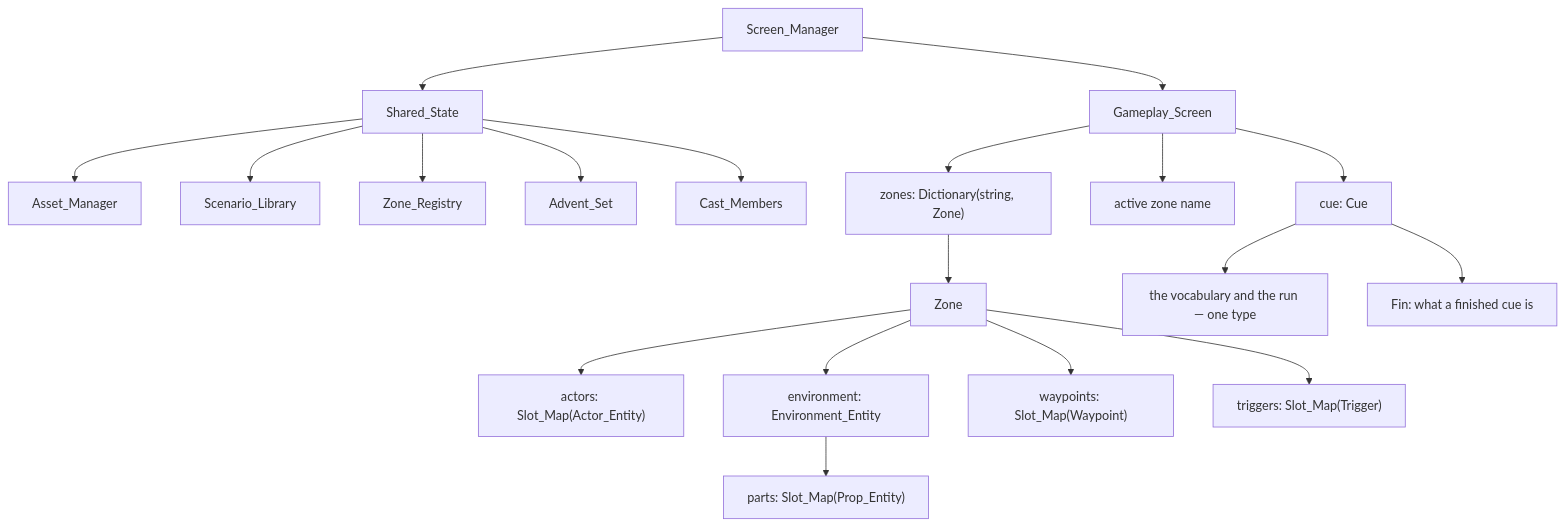
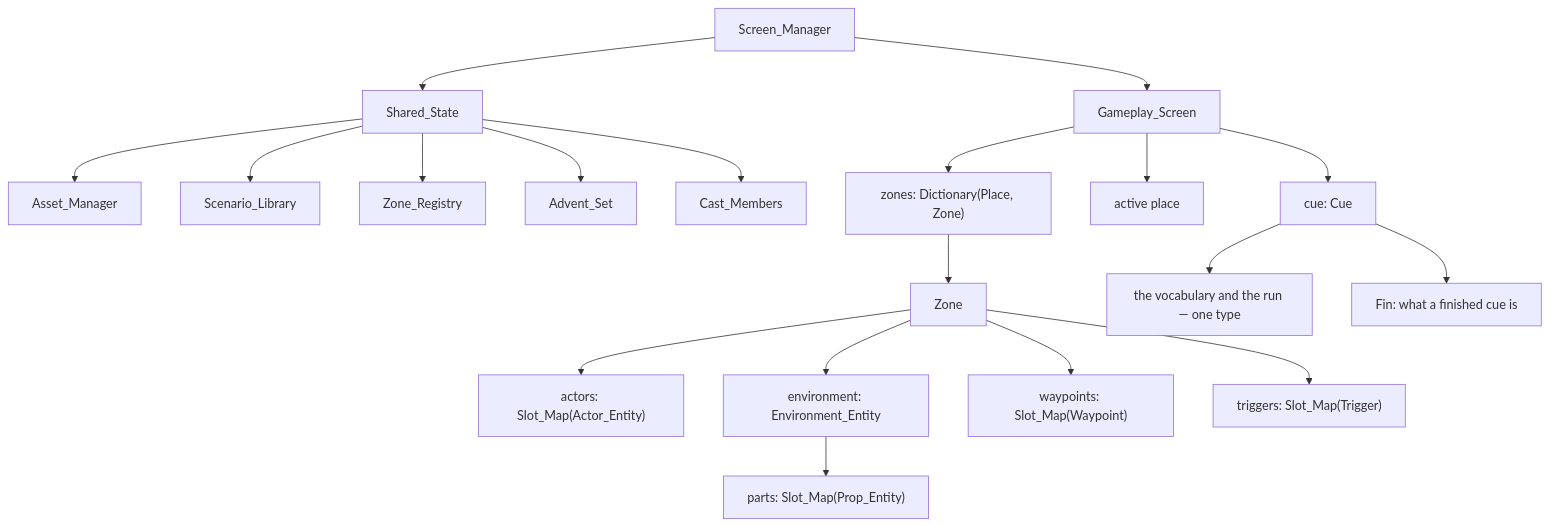
One commit to fswadling/Sugoi changed the diagram in docs/ARCHITECTURE.md. Above: the diagram before and after it, drawn with Mermaid. The commit also changed other lines of this file and 29 other files, not shown here.

````diff
--- a/docs/ARCHITECTURE.md
+++ b/docs/ARCHITECTURE.md
@@ -155,25 +158,25 @@
 ```mermaid
 graph TD
     SM[Screen_Manager] --> SS[Shared_State]
     SM --> GS[Gameplay_Screen]
     SS --> AM[Asset_Manager]
     SS --> SL[Scenario_Library]
     SS --> ZR[Zone_Registry]
     SS --> ADV[Advent_Set]
     SS --> CAST[Cast_Members]
 
-    GS --> ZONES["zones: Dictionary(string, Zone)"]
-    GS --> ACTIVE["active zone name"]
+    GS --> ZONES["zones: Dictionary(Place, Zone)"]
+    GS --> ACTIVE["active place"]
     GS --> C["cue: Cue"]
     ZONES --> Z[Zone]
 
     Z --> SA["actors: Slot_Map(Actor_Entity)"]
     Z --> ENV["environment: Environment_Entity"]
     Z --> SW["waypoints: Slot_Map(Waypoint)"]
     Z --> ST["triggers: Slot_Map(Trigger)"]
 
     ENV --> SP["parts: Slot_Map(Prop_Entity)"]
 
     C --> CQ["the vocabulary and the run — one type"]
     C --> CF["Fin: what a finished cue is"]
 ```
````
